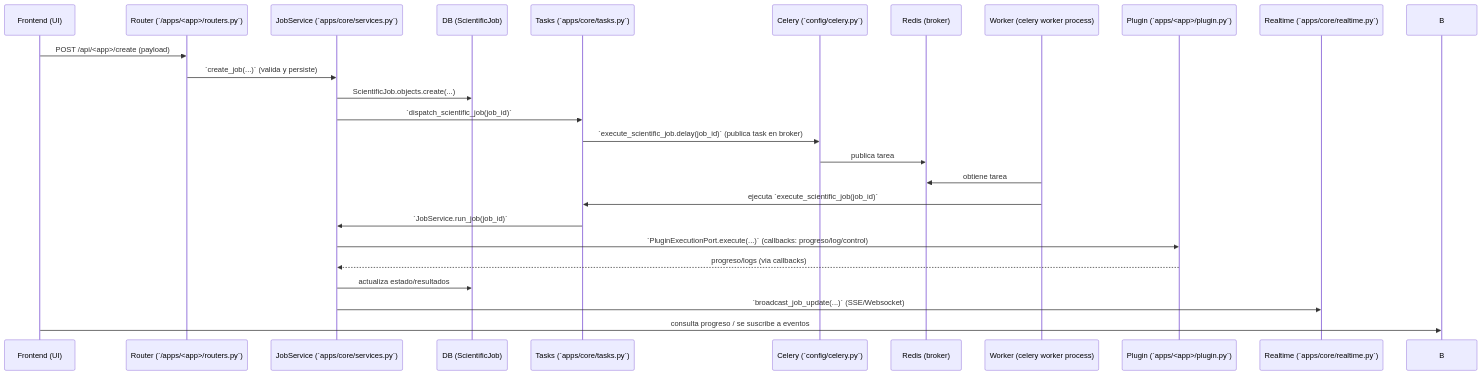
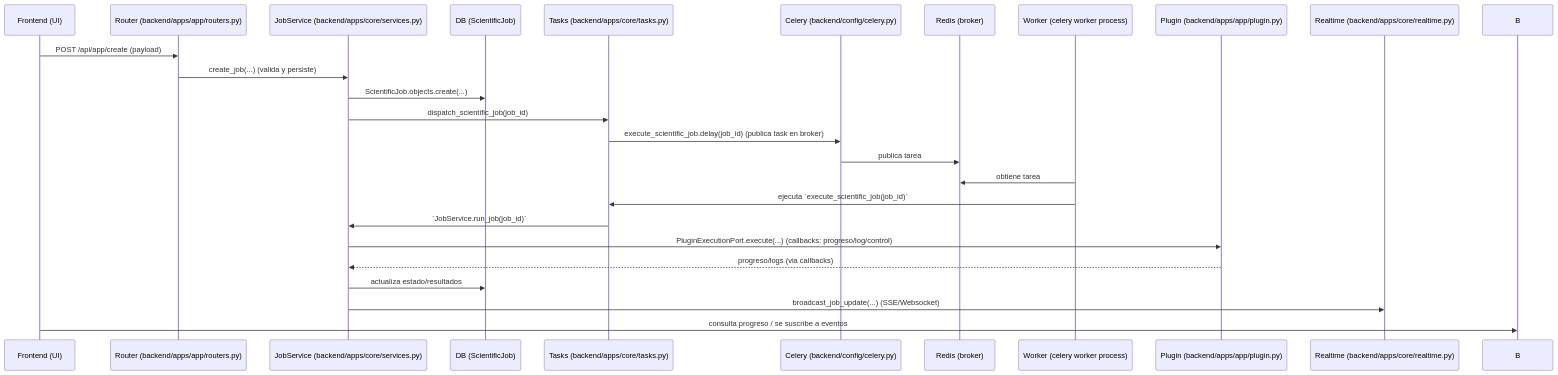
Before and after one commit to chem-gl/chemistry-apps: the fifth of 7 diagrams in README.md, drawn with Mermaid. The commit also changed other lines of this file, not shown here.

````diff
--- a/README.md
+++ b/README.md
@@ -201,28 +201,28 @@
 ```mermaid
 sequenceDiagram
   participant F as Frontend (UI)
-  participant R as Router (`/apps/<app>/routers.py`)
-  participant JS as JobService (`apps/core/services.py`)
+  participant R as Router (backend/apps/app/routers.py)
+  participant JS as JobService (backend/apps/core/services.py)
   participant DB as DB (ScientificJob)
-  participant T as Tasks (`apps/core/tasks.py`)
-  participant C as Celery (`config/celery.py`)
+  participant T as Tasks (backend/apps/core/tasks.py)
+  participant C as Celery (backend/config/celery.py)
   participant Redis as Redis (broker)
   participant W as Worker (celery worker process)
-  participant P as Plugin (`apps/<app>/plugin.py`)
-  participant RT as Realtime (`apps/core/realtime.py`)
+  participant P as Plugin (backend/apps/app/plugin.py)
+  participant RT as Realtime (backend/apps/core/realtime.py)
 
-  F->>R: POST /api/<app>/create (payload)
-  R->>JS: `create_job(...)` (valida y persiste)
+  F->>R: POST /api/app/create (payload)
+  R->>JS: create_job(...) (valida y persiste)
   JS->>DB: ScientificJob.objects.create(...)
-  JS->>T: `dispatch_scientific_job(job_id)`
-  T->>C: `execute_scientific_job.delay(job_id)` (publica task en broker)
+  JS->>T: dispatch_scientific_job(job_id)
+  T->>C: execute_scientific_job.delay(job_id) (publica task en broker)
   C->>Redis: publica tarea
   W->>Redis: obtiene tarea
   W->>T: ejecuta `execute_scientific_job(job_id)`
   T->>JS: `JobService.run_job(job_id)`
-  JS->>P: `PluginExecutionPort.execute(...)` (callbacks: progreso/log/control)
+  JS->>P: PluginExecutionPort.execute(...) (callbacks: progreso/log/control)
   P-->>JS: progreso/logs (via callbacks)
   JS->>DB: actualiza estado/resultados
-  JS->>RT: `broadcast_job_update(...)` (SSE/Websocket)
+  JS->>RT: broadcast_job_update(...) (SSE/Websocket)
   F->>B: consulta progreso / se suscribe a eventos
 ```
````
